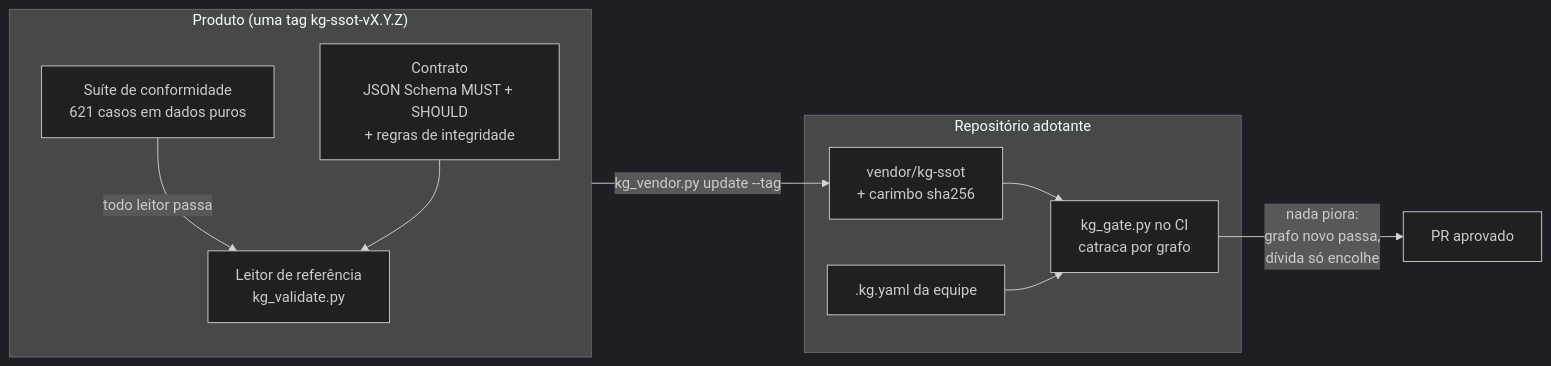
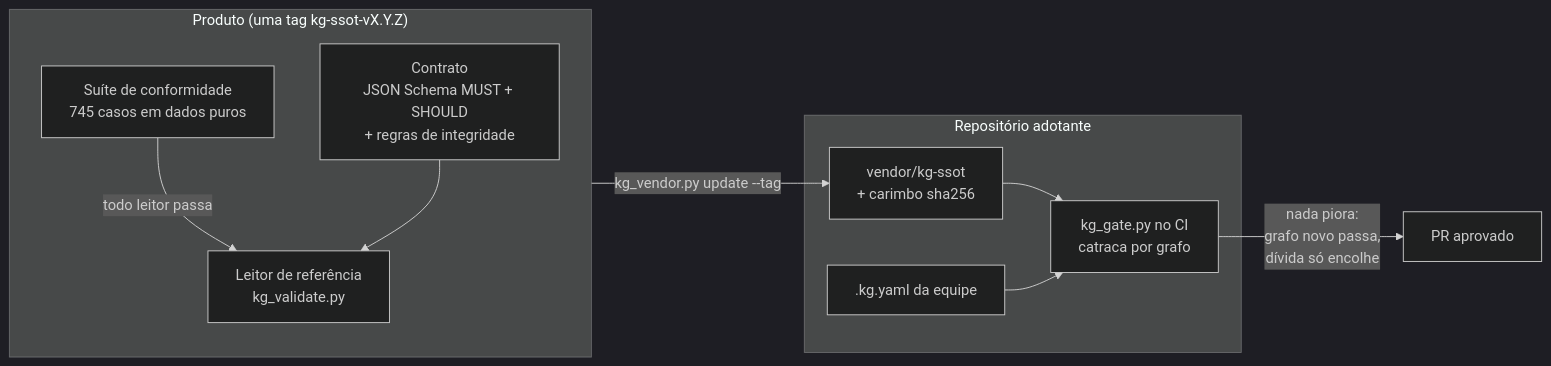
The diagram in README.pt-BR.md (marciocar/kg-ssot), drawn with Mermaid (dark theme) before and after one commit. The commit also changed other lines of this file and 165 other files, not shown here.

````diff
--- a/README.pt-BR.md
+++ b/README.pt-BR.md
@@ -163,19 +163,19 @@
 ```mermaid
 flowchart LR
   subgraph product["Produto (uma tag kg-ssot-vX.Y.Z)"]
     C["Contrato<br/>JSON Schema MUST + SHOULD<br/>+ regras de integridade"]
-    S["Suíte de conformidade<br/>621 casos em dados puros"]
+    S["Suíte de conformidade<br/>745 casos em dados puros"]
     R["Leitor de referência<br/>kg_validate.py"]
     S -- "todo leitor passa" --> R
     C --> R
   end
   subgraph adopter["Repositório adotante"]
     V["vendor/kg-ssot<br/>+ carimbo sha256"]
     G["kg_gate.py no CI<br/>catraca por grafo"]
     K[".kg.yaml da equipe"]
     V --> G
     K --> G
   end
   product -- "kg_vendor.py update --tag" --> V
   G -- "nada piora:<br/>grafo novo passa,<br/>dívida só encolhe" --> PR["PR aprovado"]
 ```
````
